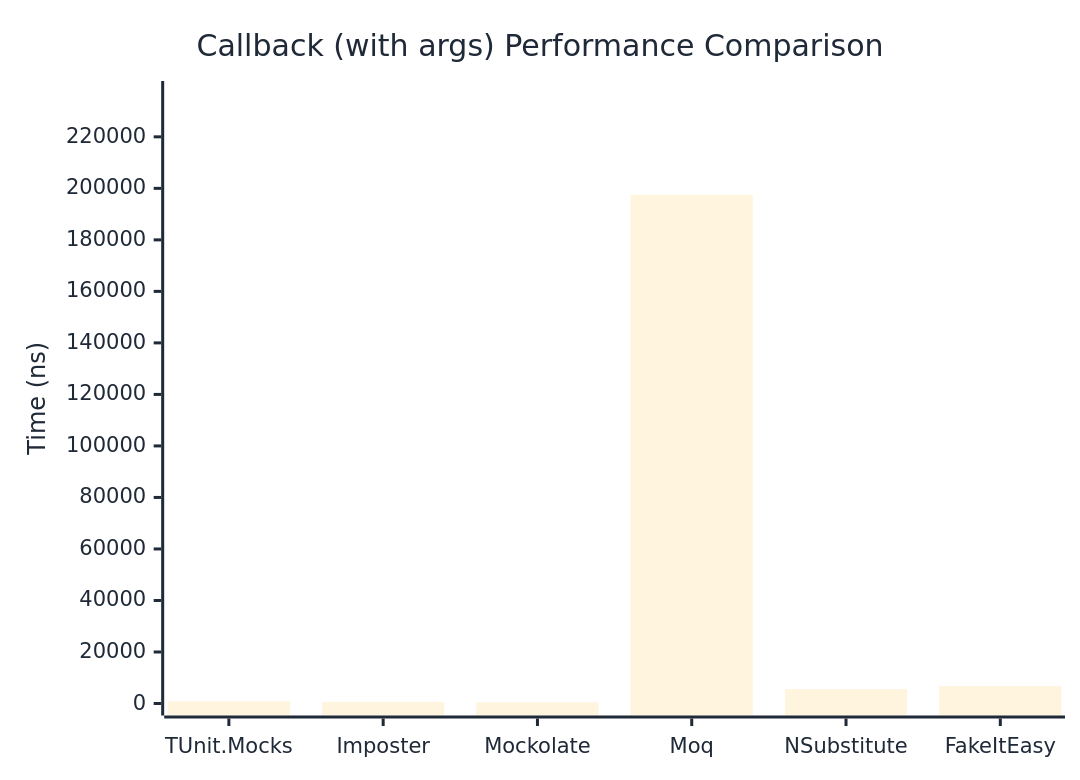
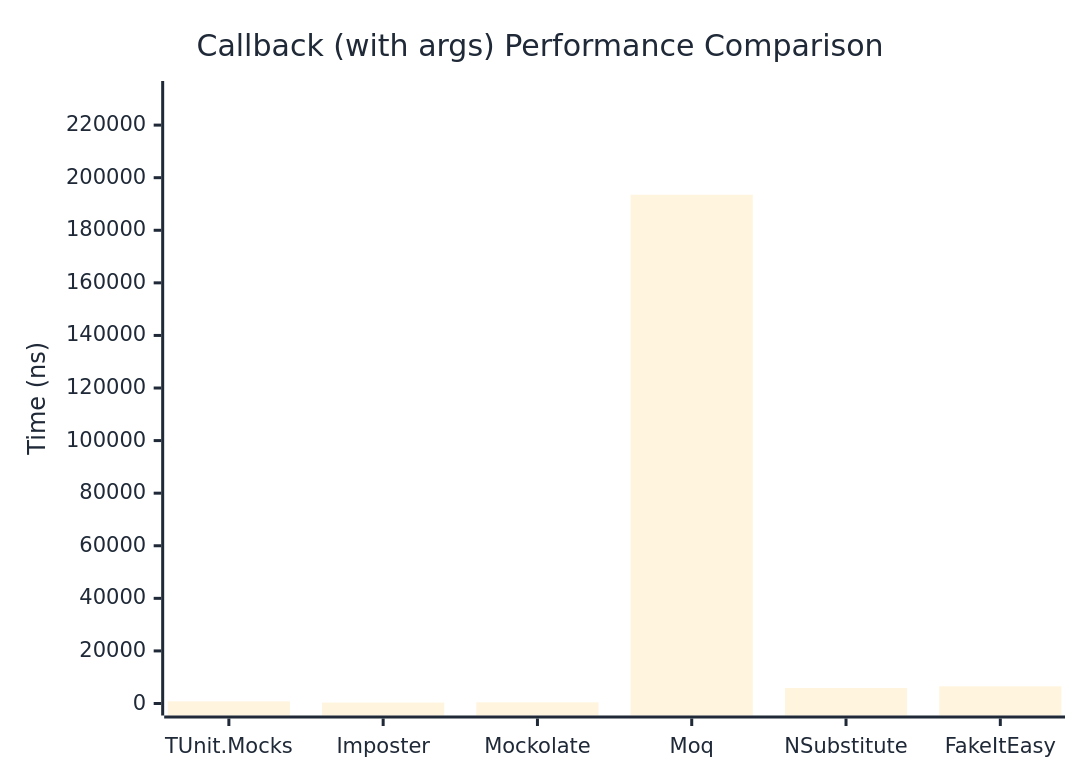
Before and after one commit to thomhurst/TUnit: the second of 2 diagrams in docs/docs/benchmarks/mocks/Callback.md, drawn with Mermaid. The commit also changed other lines of this file and 14 other files, not shown here.

````diff
--- a/docs/docs/benchmarks/mocks/Callback.md
+++ b/docs/docs/benchmarks/mocks/Callback.md
@@ -71,27 +71,27 @@
 ```mermaid
 %%{init: {
   'theme':'base',
   'themeVariables': {
     'primaryColor': '#2563eb',
     'primaryTextColor': '#1f2937',
     'primaryBorderColor': '#1e40af',
     'lineColor': '#6b7280',
     'secondaryColor': '#7c3aed',
     'tertiaryColor': '#dc2626',
     'background': '#ffffff',
     'pie1': '#2563eb',
     'pie2': '#7c3aed',
     'pie3': '#dc2626',
     'pie4': '#f59e0b',
     'pie5': '#10b981',
     'pie6': '#06b6d4',
     'pie7': '#ec4899',
     'pie8': '#6366f1'
   }
 }}%%
 xychart-beta
   title "Callback (with args) Performance Comparison"
   x-axis ["TUnit.Mocks", "Imposter", "Mockolate", "Moq", "NSubstitute", "FakeItEasy"]
-  y-axis "Time (ns)" 0 --> 237019
-  bar [875.3, 624.8, 443.8, 197515.8, 5571, 6783.1]
+  y-axis "Time (ns)" 0 --> 232215
+  bar [821.4, 345.1, 439.3, 193512.3, 5877.2, 6528.5]
 ```
````
